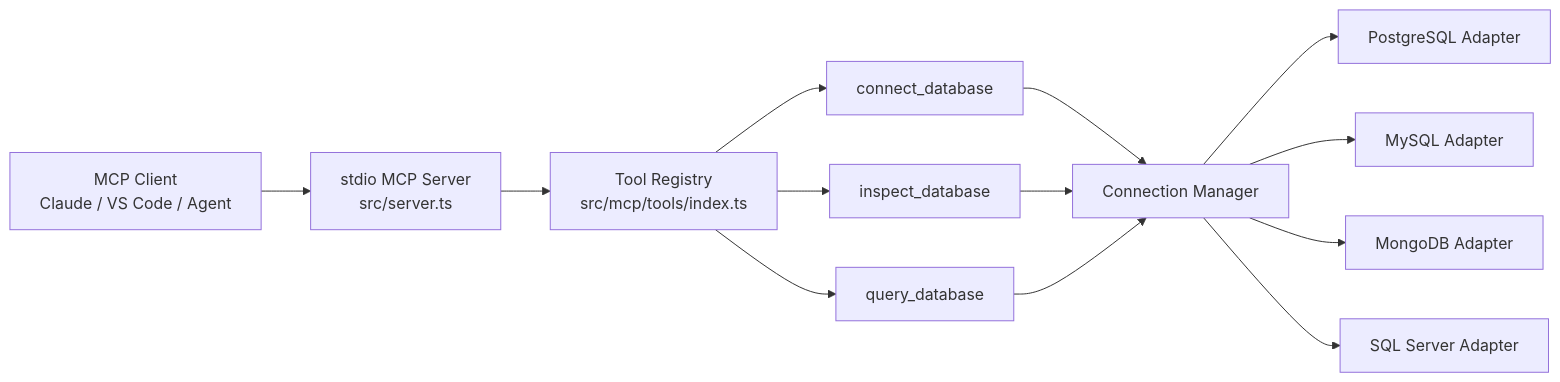
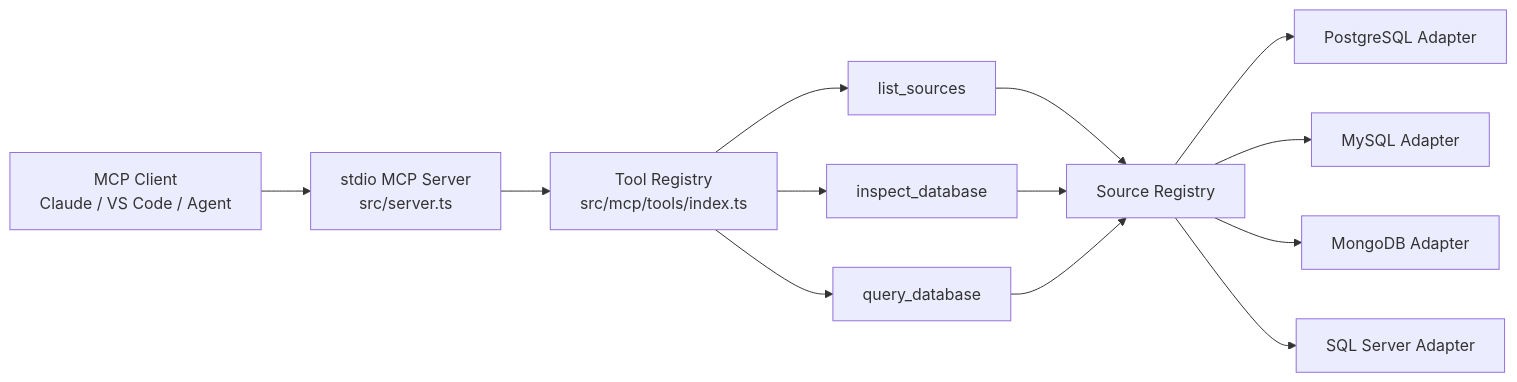
Before and after one commit to navid1111/data-store-mcp: the first of 2 diagrams in README.md, drawn with Mermaid. The commit also changed other lines of this file and 15 other files, not shown here.

Commit message:
feat(1.9): load database sources from startup config

````diff
--- a/README.md
+++ b/README.md
@@ -29,18 +29,18 @@
 ```mermaid
 flowchart LR
     A[MCP Client
 Claude / VS Code / Agent] --> B[stdio MCP Server
 src/server.ts]
     B --> C[Tool Registry
 src/mcp/tools/index.ts]
-    C --> D[connect_database]
+    C --> D[list_sources]
     C --> E[inspect_database]
     C --> F[query_database]
-    D --> G[Connection Manager]
+    D --> G[Source Registry]
     E --> G
     F --> G
     G --> H[PostgreSQL Adapter]
     G --> I[MySQL Adapter]
     G --> J[MongoDB Adapter]
     G --> K[SQL Server Adapter]
 ```
````
